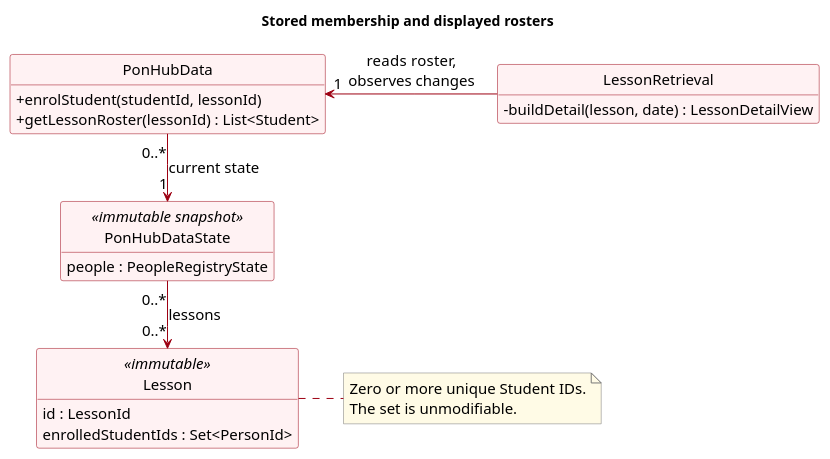
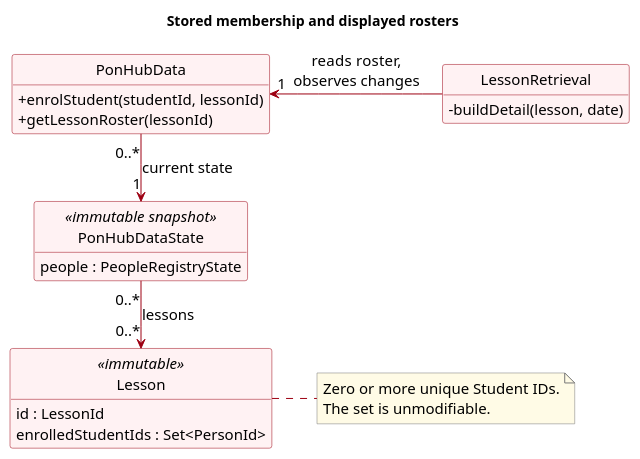
The diagram in docs/diagrams/StudentEnrolmentClassDiagram.puml (AY2627S1-CS2103T-F13-3/tp), drawn with PlantUML before and after one commit. The commit also changed 1 other file, not shown here.

Commit message:
Compact enrolment class diagram signatures

```diff
--- a/docs/diagrams/StudentEnrolmentClassDiagram.puml
+++ b/docs/diagrams/StudentEnrolmentClassDiagram.puml
@@ -1,44 +1,44 @@
 @startuml
 ' Draft by Vincent Lin with OpenAI Codex assistance.
 ' Self-contained source; render with PlantUML 1.2025.3.
 skinparam defaultFontName Arial
 skinparam defaultFontSize 15
 skinparam shadowing false
 skinparam style strictuml
 skinparam classAttributeIconSize 0
 skinparam classBackgroundColor #FFF2F3
 skinparam classBorderColor #9D0012
 skinparam classArrowColor #9D0012
 skinparam noteBackgroundColor #FFFBE6
 skinparam noteBorderColor #777777
 skinparam nodesep 45
 skinparam ranksep 45
 hide circle
 hide empty members
 
 title Stored membership and displayed rosters
 class PonHubData {
   + enrolStudent(studentId, lessonId)
-  + getLessonRoster(lessonId) : List<Student>
+  + getLessonRoster(lessonId)
 }
 class PonHubDataState <<immutable snapshot>> {
   people : PeopleRegistryState
 }
 class Lesson <<immutable>> {
   id : LessonId
   enrolledStudentIds : Set<PersonId>
 }
 class LessonRetrieval {
-  - buildDetail(lesson, date) : LessonDetailView
+  - buildDetail(lesson, date)
 }
 
 PonHubData "0..*" -down-> "1" PonHubDataState : current state
 PonHubDataState "0..*" -down-> "0..*" Lesson : lessons
 LessonRetrieval -left-> "1" PonHubData : reads roster,\nobserves changes
 
 note as RosterRule
   Zero or more unique Student IDs.
   The set is unmodifiable.
 end note
 Lesson .right. RosterRule
 @enduml
```
